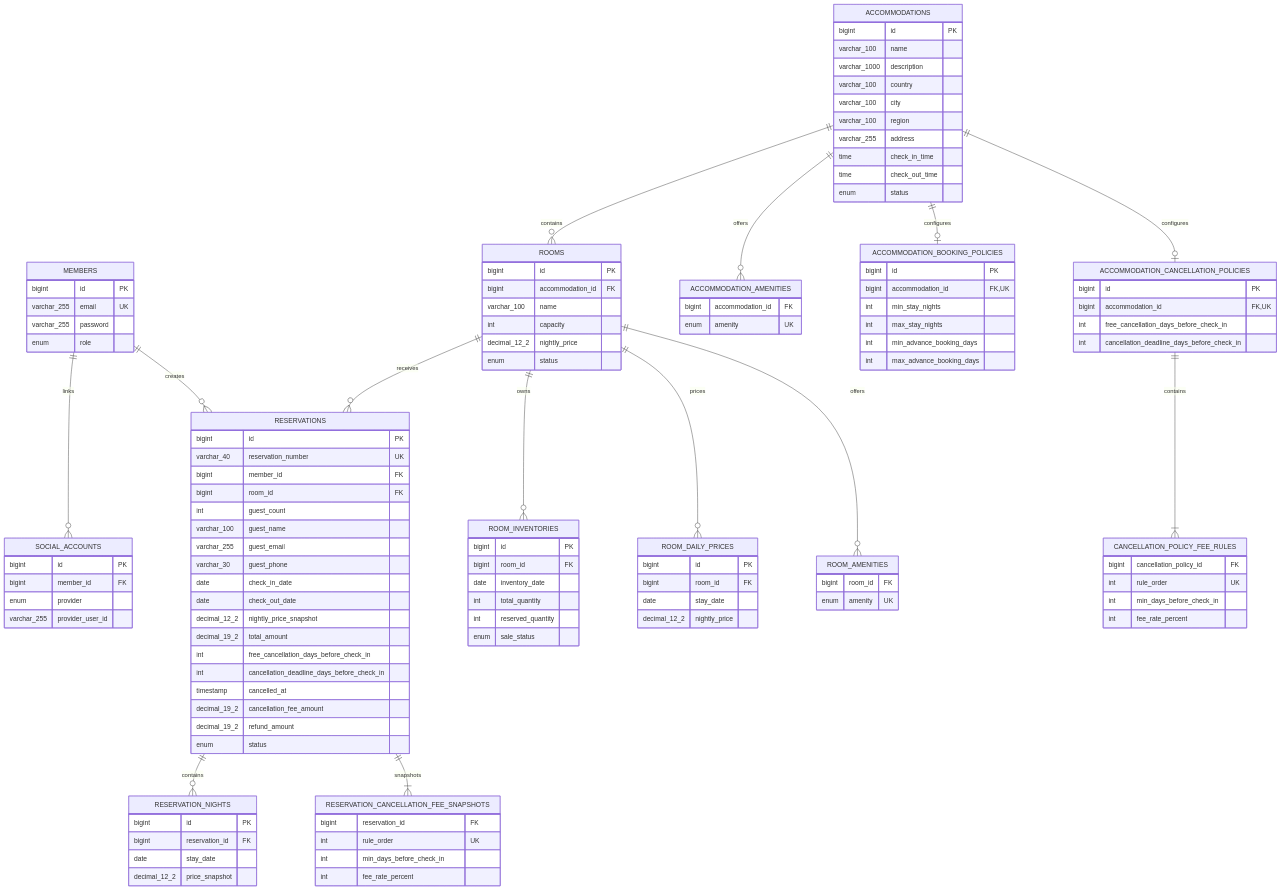
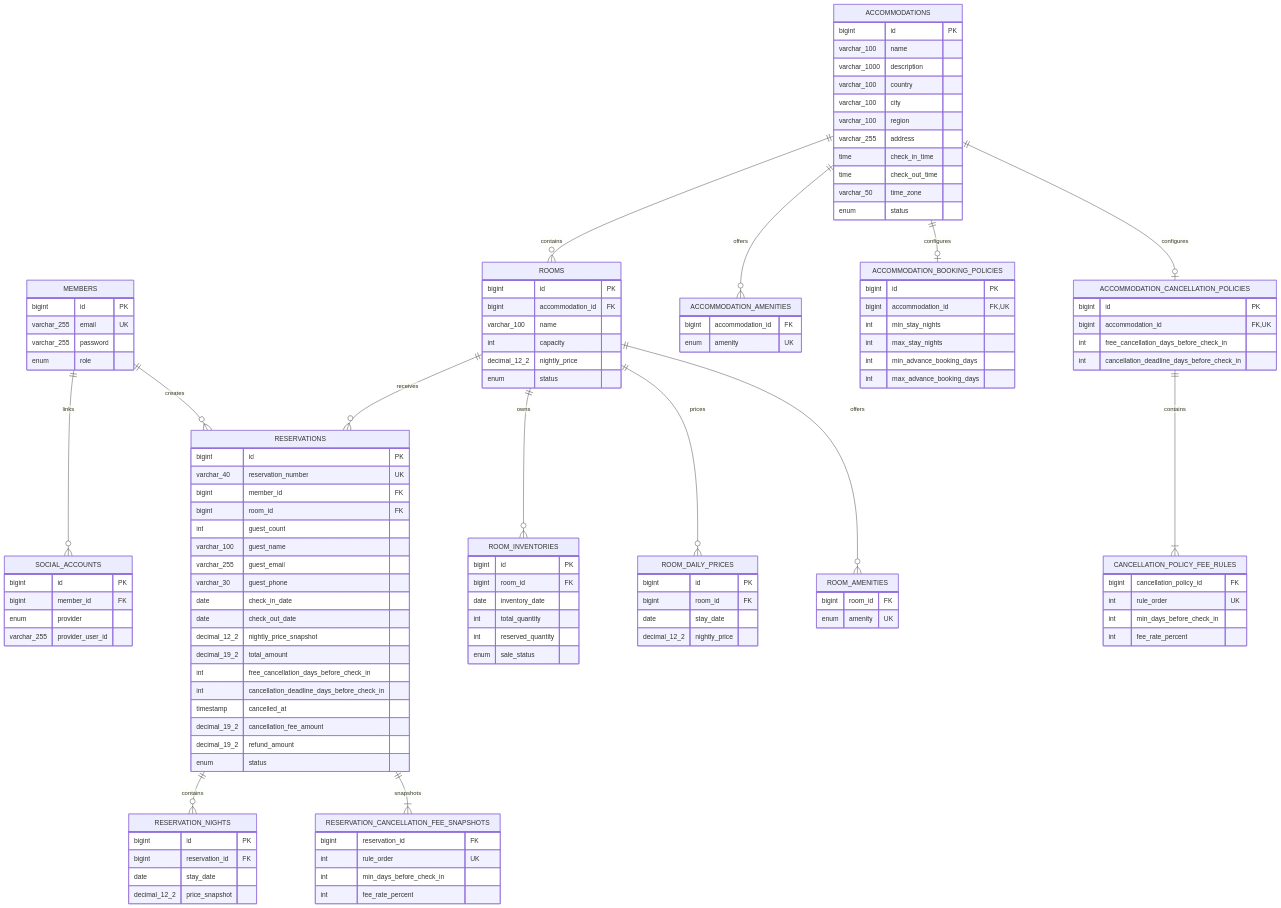
One commit to K4RF/reservation-platform changed the diagram in docs/erd/database-schema.md. Above: the diagram before and after it, drawn with Mermaid. The commit also changed other lines of this file and 3 other files, not shown here.

Commit message:
[refactor] #81 - 숙소 TimeZone 스키마 호환 정책 반영

```diff
--- a/docs/erd/database-schema.md
+++ b/docs/erd/database-schema.md
@@ -46,6 +46,7 @@
         varchar_255 address
         time check_in_time
         time check_out_time
+        varchar_50 time_zone
         enum status
     }
 
```
